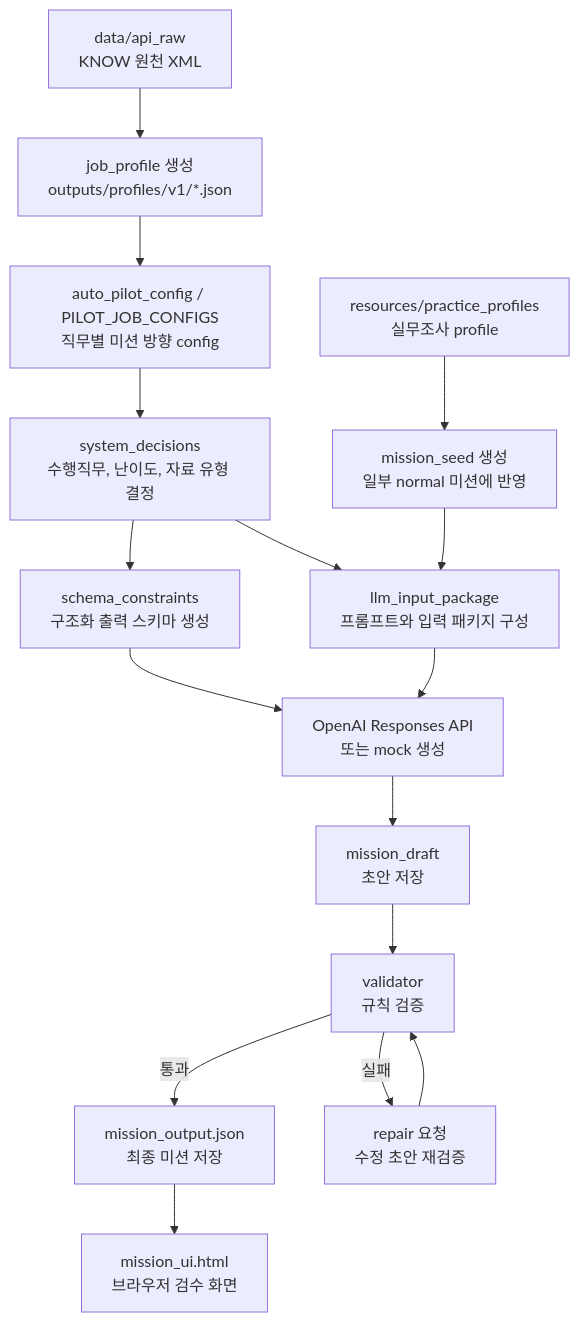
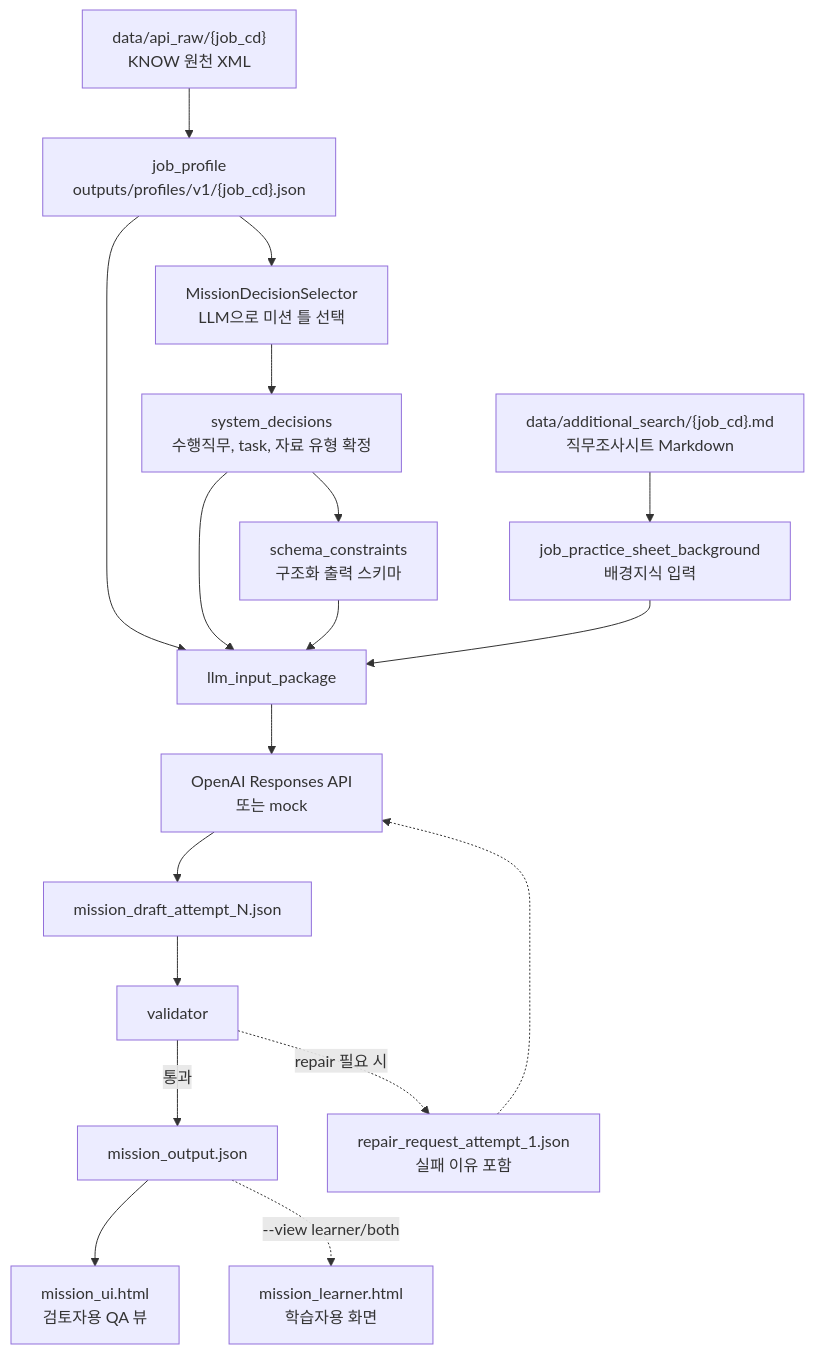
Before and after one commit to YU-MIDAS/job_mission: the diagram in README.md, drawn with Mermaid. The commit also changed other lines of this file and 11 other files, not shown here.

````diff
--- a/README.md
+++ b/README.md
@@ -22,18 +17,20 @@
 ```mermaid
 flowchart TD
-    A["data/api_raw<br/>KNOW 원천 XML"] --> B["job_profile 생성<br/>outputs/profiles/v1/*.json"]
-    P["resources/practice_profiles<br/>실무조사 profile"] --> S["mission_seed 생성<br/>일부 normal 미션에 반영"]
-    B --> AC["auto_pilot_config / PILOT_JOB_CONFIGS<br/>직무별 미션 방향 config"]
-    AC --> C["system_decisions<br/>수행직무, 난이도, 자료 유형 결정"]
-    C --> D["schema_constraints<br/>구조화 출력 스키마 생성"]
-    C --> E["llm_input_package<br/>프롬프트와 입력 패키지 구성"]
-    S --> E
-    D --> F["OpenAI Responses API<br/>또는 mock 생성"]
-    E --> F
-    F --> G["mission_draft<br/>초안 저장"]
-    G --> H["validator<br/>규칙 검증"]
-    H -->|통과| I["mission_output.json<br/>최종 미션 저장"]
-    H -->|실패| J["repair 요청<br/>수정 초안 재검증"]
-    J --> H
-    I --> K["mission_ui.html<br/>브라우저 검수 화면"]
+    A["data/api_raw/{job_cd}<br/>KNOW 원천 XML"] --> B["job_profile<br/>outputs/profiles/v1/{job_cd}.json"]
+    B --> D["MissionDecisionSelector<br/>LLM으로 미션 틀 선택"]
+    D --> E["system_decisions<br/>수행직무, task, 자료 유형 확정"]
+    F["data/additional_search/{job_cd}.md<br/>직무조사시트 Markdown"] --> G["job_practice_sheet_background<br/>배경지식 입력"]
+    E --> H["schema_constraints<br/>구조화 출력 스키마"]
+    B --> I["llm_input_package"]
+    E --> I
+    H --> I
+    G --> I
+    I --> J["OpenAI Responses API<br/>또는 mock"]
+    J --> K["mission_draft_attempt_N.json"]
+    K --> L["validator"]
+    L -->|통과| N["mission_output.json"]
+    N --> O["mission_ui.html<br/>검토자용 QA 뷰"]
+    L -. "repair 필요 시" .-> M["repair_request_attempt_1.json<br/>실패 이유 포함"]
+    M -.-> J
+    N -. "--view learner/both" .-> P["mission_learner.html<br/>학습자용 화면"]
 ```
````
